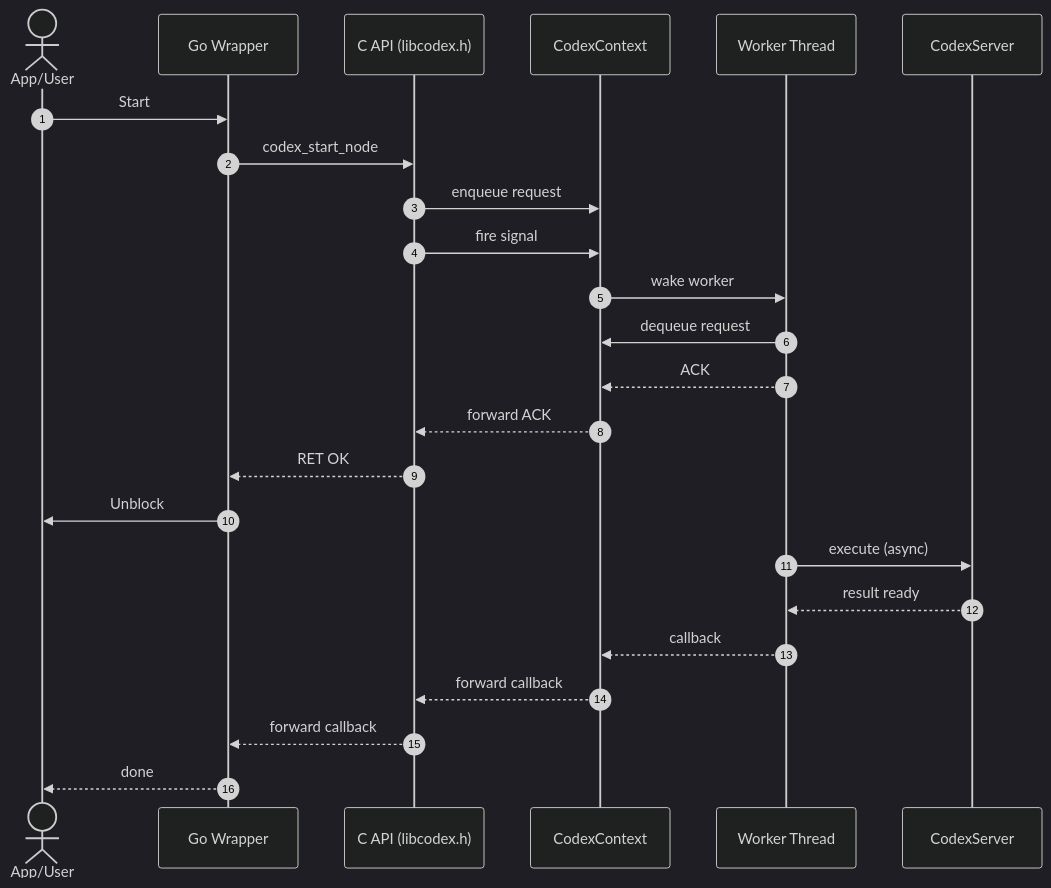
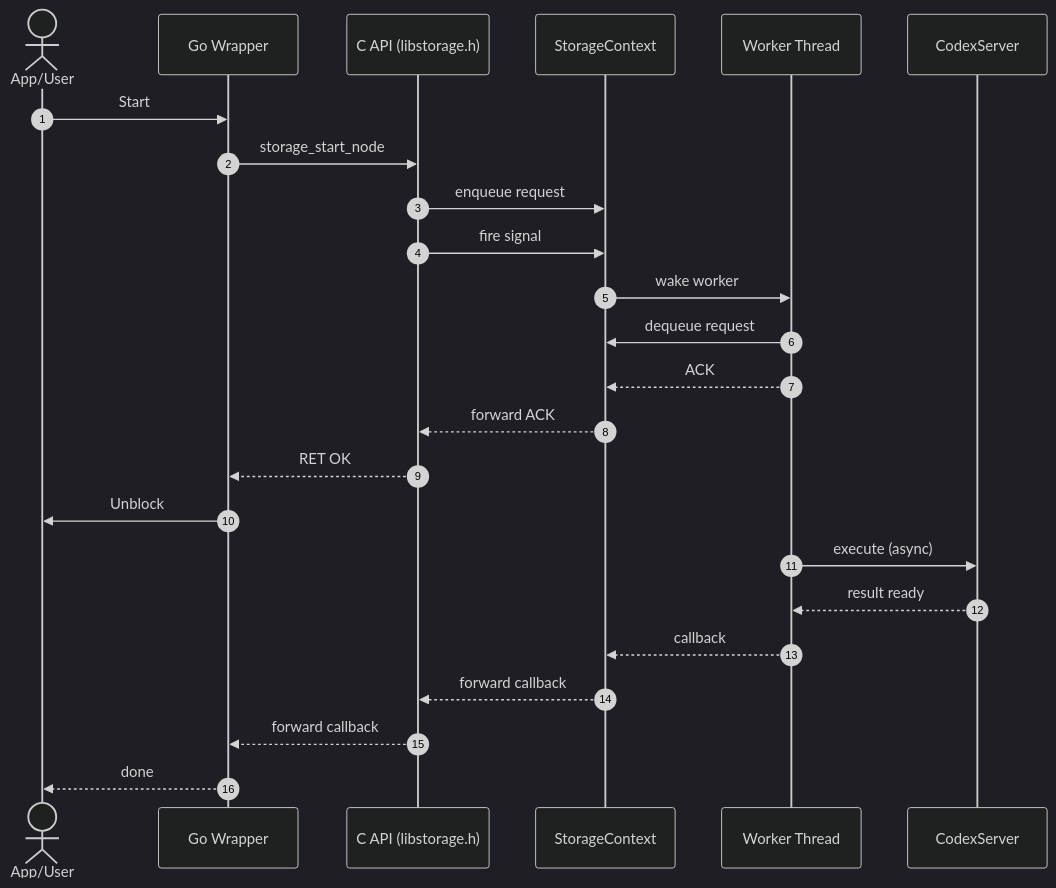
The diagram in library/README.md (codex-storage/nim-codex), drawn with Mermaid (dark theme) before and after one commit. The commit also changed other lines of this file and 120 other files, not shown here.

Commit message:
Rename Codex to Storage

````diff
--- a/library/README.md
+++ b/library/README.md
@@ -11,27 +11,27 @@
 ```mermaid
 sequenceDiagram
     autonumber
     actor App as App/User
     participant Go as Go Wrapper
-    participant C as C API (libcodex.h)
-    participant Ctx as CodexContext
+    participant C as C API (libstorage.h)
+    participant Ctx as StorageContext
     participant Thr as Worker Thread
     participant Eng as CodexServer
 
     App->>Go: Start
-    Go->>C: codex_start_node
+    Go->>C: storage_start_node
     C->>Ctx: enqueue request
     C->>Ctx: fire signal
     Ctx->>Thr: wake worker
     Thr->>Ctx: dequeue request
     Thr-->>Ctx: ACK
     Ctx-->>C: forward ACK
     C-->>Go: RET OK 
     Go->>App: Unblock
     Thr->>Eng: execute (async)
     Eng-->>Thr: result ready
     Thr-->>Ctx: callback
     Ctx-->>C: forward callback
     C-->>Go: forward callback
     Go-->>App: done
 ```
````
